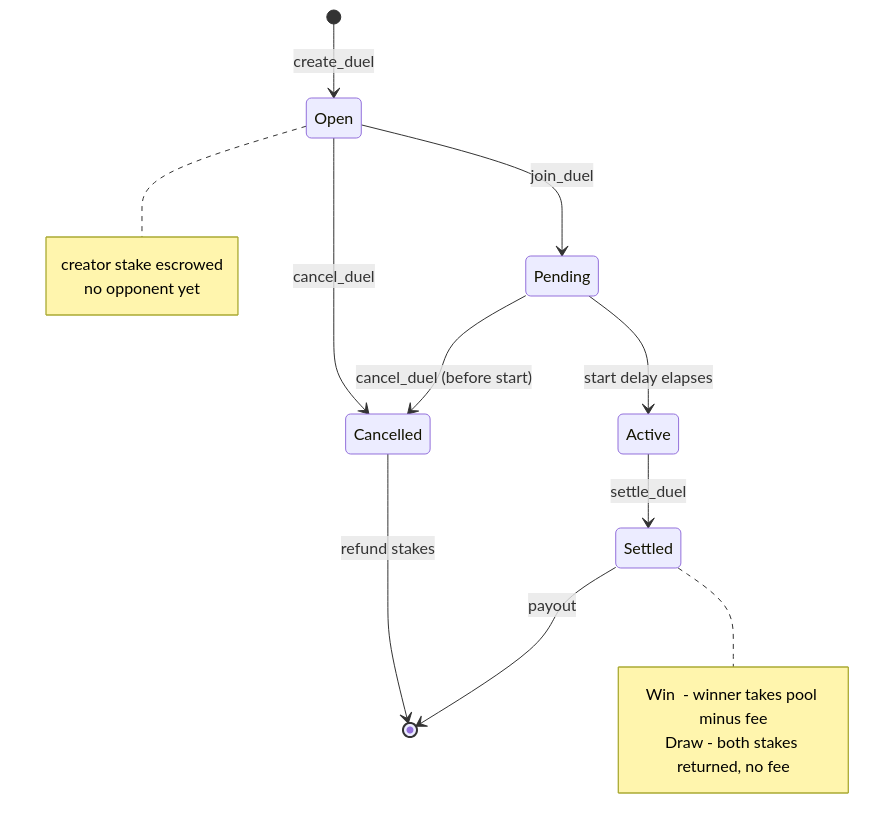
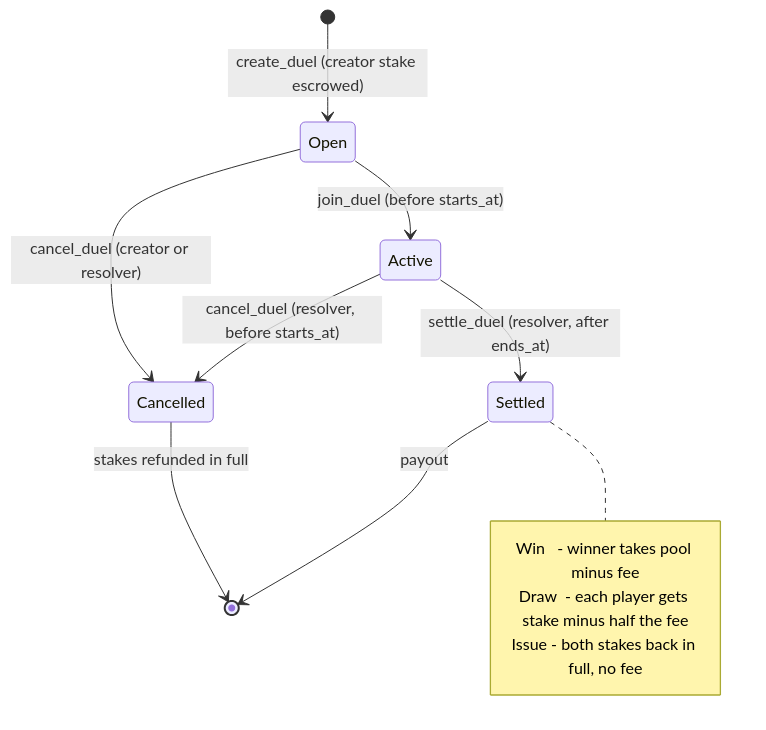
Before and after one commit to tradefighters/stellar-integration: the first of 4 diagrams in docs/CONTRACTS.md, drawn with Mermaid. The commit also changed other lines of this file and 3 other files, not shown here.

````diff
--- a/docs/CONTRACTS.md
+++ b/docs/CONTRACTS.md
@@ -55,21 +57,16 @@
 ```mermaid
 stateDiagram-v2
-    [*] --> Open: create_duel
-    Open --> Pending: join_duel
-    Open --> Cancelled: cancel_duel
-    Pending --> Active: start delay elapses
-    Pending --> Cancelled: cancel_duel (before start)
-    Active --> Settled: settle_duel
-    Cancelled --> [*]: refund stakes
+    [*] --> Open: create_duel (creator stake escrowed)
+    Open --> Active: join_duel (before starts_at)
+    Open --> Cancelled: cancel_duel (creator or resolver)
+    Active --> Cancelled: cancel_duel (resolver, before starts_at)
+    Active --> Settled: settle_duel (resolver, after ends_at)
+    Cancelled --> [*]: stakes refunded in full
     Settled --> [*]: payout
 
-    note right of Open
-        creator stake escrowed
-        no opponent yet
-    end note
-
     note right of Settled
-        Win  - winner takes pool minus fee
-        Draw - both stakes returned, no fee
+        Win   - winner takes pool minus fee
+        Draw  - each player gets stake minus half the fee
+        Issue - both stakes back in full, no fee
     end note
 ```
````
